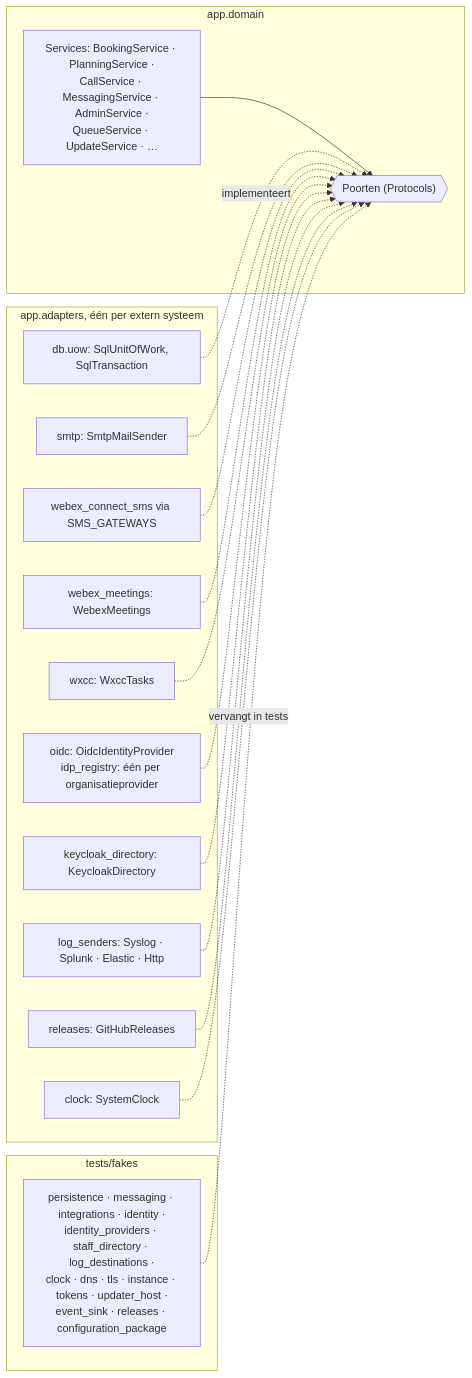
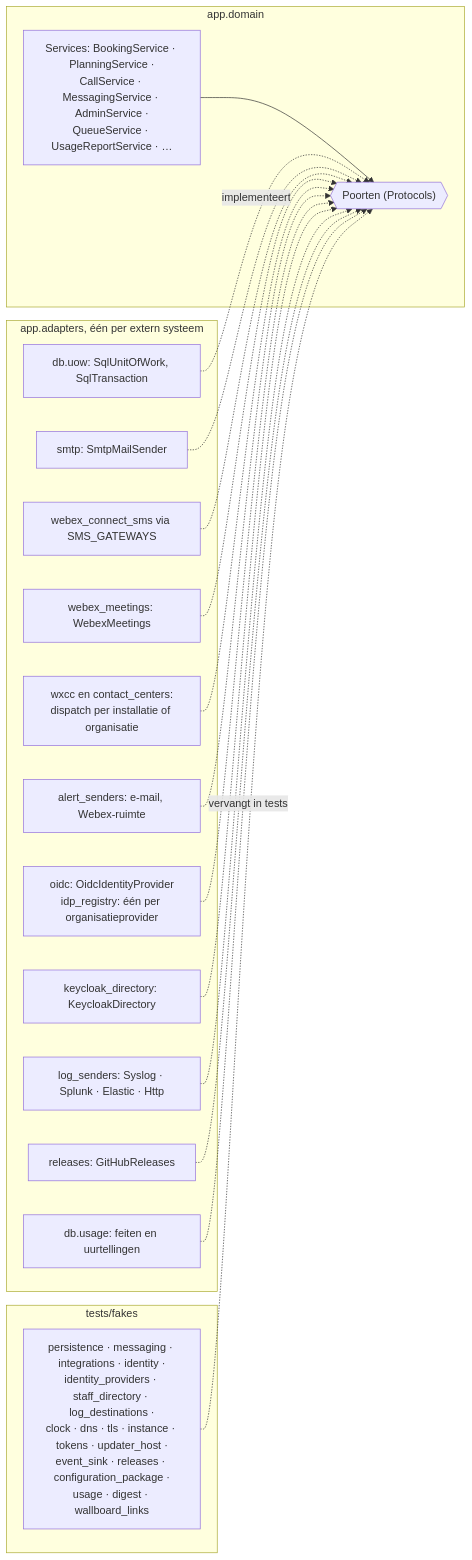
One commit to 3Corners-Labs/OpenPlanner changed the fourth of 9 diagrams in docs/applicatie-architectuur.md. Above: the diagram before and after it, drawn with Mermaid. The commit also changed other lines of this file, not shown here.

First line of the commit message:
docs: application architecture concept 2, with every flow and the hosting impact

````diff
--- a/docs/applicatie-architectuur.md
+++ b/docs/applicatie-architectuur.md
@@ -557,34 +656,36 @@
 ```mermaid
 flowchart LR
     subgraph domein [app.domain]
-        services["Services: BookingService · PlanningService ·<br/>CallService · MessagingService · AdminService ·<br/>QueueService · UpdateService · …"]
+        services["Services: BookingService · PlanningService ·<br/>CallService · MessagingService · AdminService ·<br/>QueueService · UsageReportService · …"]
         ports{{"Poorten (Protocols)"}}
         services --> ports
     end
     subgraph adapters [app.adapters, één per extern systeem]
         uow["db.uow: SqlUnitOfWork, SqlTransaction"]
         smtp["smtp: SmtpMailSender"]
         sms["webex_connect_sms via SMS_GATEWAYS"]
         video["webex_meetings: WebexMeetings"]
-        cc["wxcc: WxccTasks"]
+        cc["wxcc en contact_centers:<br/>dispatch per installatie of organisatie"]
+        alert["alert_senders: e-mail, Webex-ruimte"]
         oidc["oidc: OidcIdentityProvider<br/>idp_registry: één per organisatieprovider"]
         kc["keycloak_directory: KeycloakDirectory"]
         logs["log_senders: Syslog · Splunk · Elastic · Http"]
         rel["releases: GitHubReleases"]
-        clock["clock: SystemClock"]
+        usage["db.usage: feiten en uurtellingen"]
     end
     subgraph fakes [tests/fakes]
-        f["persistence · messaging · integrations · identity ·<br/>identity_providers · staff_directory · log_destinations ·<br/>clock · dns · tls · instance · tokens · updater_host ·<br/>event_sink · releases · configuration_package"]
+        f["persistence · messaging · integrations · identity ·<br/>identity_providers · staff_directory · log_destinations ·<br/>clock · dns · tls · instance · tokens · updater_host ·<br/>event_sink · releases · configuration_package ·<br/>usage · digest · wallboard_links"]
     end
     uow -.implementeert.-> ports
     smtp -.-> ports
     sms -.-> ports
     video -.-> ports
     cc -.-> ports
+    alert -.-> ports
     oidc -.-> ports
     kc -.-> ports
     logs -.-> ports
     rel -.-> ports
-    clock -.-> ports
+    usage -.-> ports
     f -. "vervangt in tests" .-> ports
 ```
````
